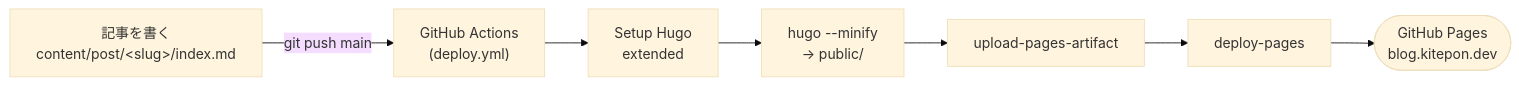
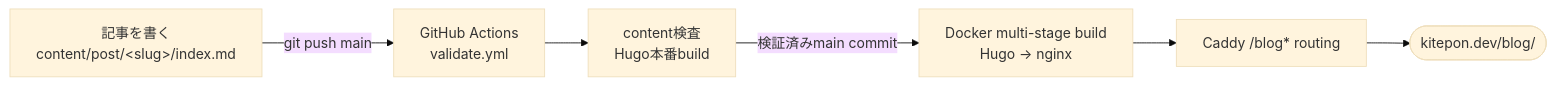
The diagram in README.ja.md (kitepon-rgb/WebAICoding), drawn with Mermaid (base theme) before and after one commit. The commit also changed other lines of this file and 14 other files, not shown here.

````diff
--- a/README.ja.md
+++ b/README.ja.md
@@ -41,9 +42,8 @@
 ```mermaid
 flowchart LR
-    A["記事を書く<br/>content/post/&lt;slug&gt;/index.md"] -->|git push main| B["GitHub Actions<br/>(deploy.yml)"]
-    B --> C["Setup Hugo<br/>extended"]
-    C --> D["hugo --minify<br/>→ public/"]
-    D --> E["upload-pages-artifact"]
-    E --> F["deploy-pages"]
-    F --> G(["GitHub Pages<br/>blog.kitepon.dev"])
+    A["記事を書く<br/>content/post/&lt;slug&gt;/index.md"] -->|git push main| B["GitHub Actions<br/>validate.yml"]
+    B --> C["content検査<br/>Hugo本番build"]
+    C -->|検証済みmain commit| D["Docker multi-stage build<br/>Hugo → nginx"]
+    D --> E["Caddy /blog* routing"]
+    E --> F(["kitepon.dev/blog/"])
 ```
````
